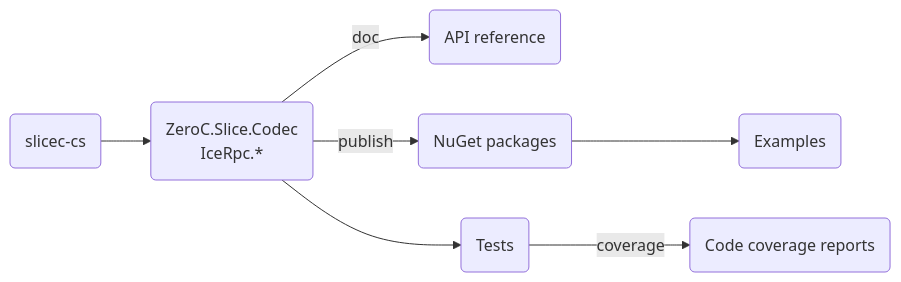
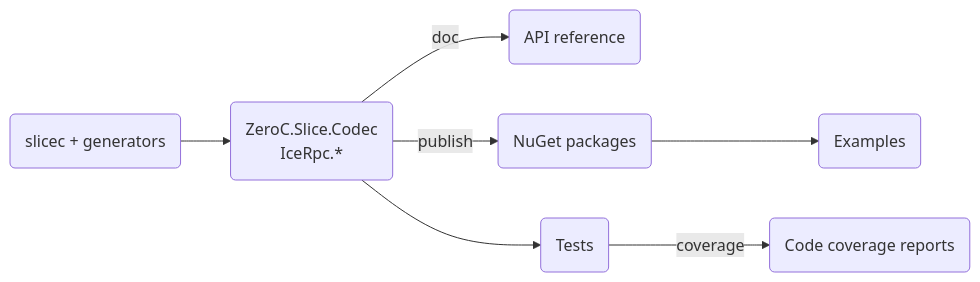
Before and after one commit to icerpc/icerpc-csharp: the diagram in BUILDING.md, drawn with Mermaid. The commit also changed other lines of this file and 99 other files, not shown here.

Commit message:
Replace slicec-cs by code generators written in C#

````diff
--- a/BUILDING.md
+++ b/BUILDING.md
@@ -61,7 +56,7 @@
 ```mermaid
 flowchart LR
-    compiler(slicec-cs) --> icerpc(ZeroC.Slice.Codec<br>IceRpc.*)
+    compiler(slicec + generators) --> icerpc(ZeroC.Slice.Codec<br>IceRpc.*)
     icerpc -- doc --> api(API reference)
     icerpc -- publish --> nuget(NuGet packages) --> examples(Examples)
     icerpc --> tests(Tests) -- coverage --> cov(Code coverage reports)
 ```
````
